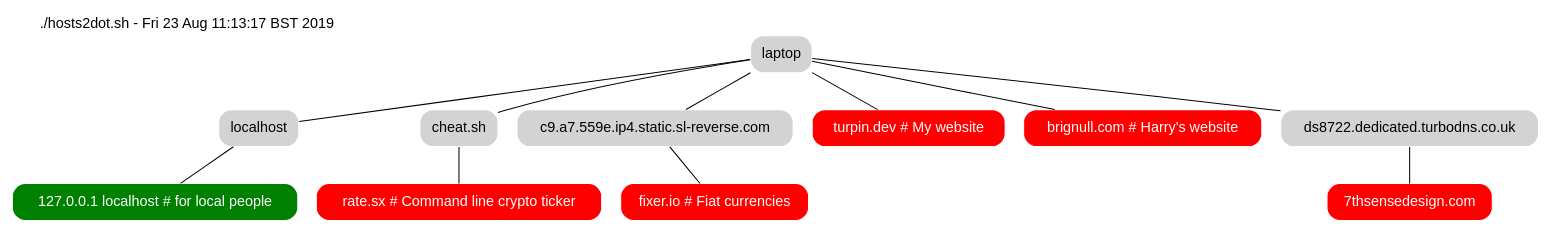
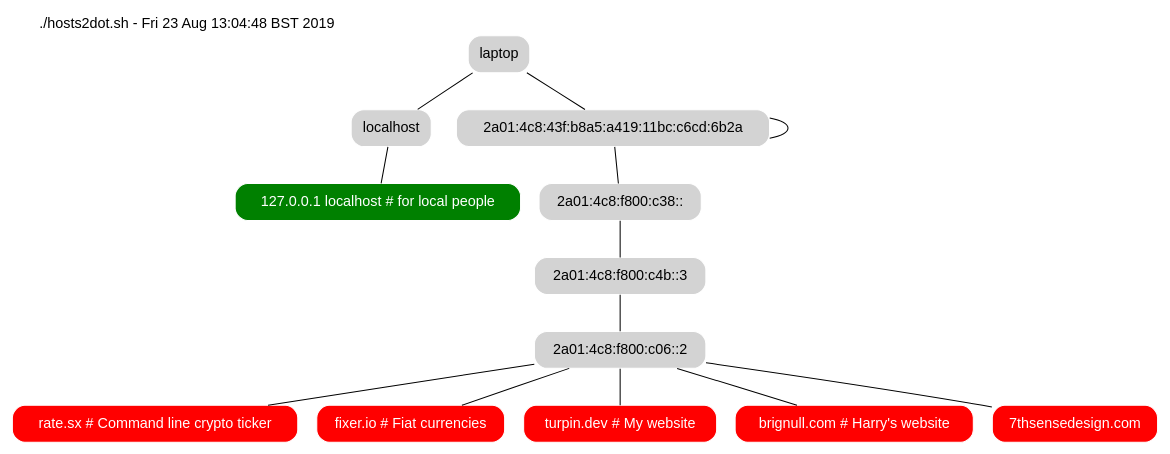
One commit to deanturpin/magnum-ci changed the diagram in artefacts/hosts2dot/topology.dot. Above: the diagram before and after it, drawn with Graphviz. The commit also changed 3 other files, not shown here.

```diff
--- a/artefacts/hosts2dot/topology.dot
+++ b/artefacts/hosts2dot/topology.dot
@@ -1,18 +1,18 @@
 strict graph {
 fontname=helvetica
 node [shape=rect style="filled,rounded" color=white fillcolor=lightgrey fontname=helvetica]
 soy_yo [label="laptop"]
-graph [label="./hosts2dot.sh - Fri 23 Aug 11:13:17 BST 2019" labelloc=top labeljust=left]
+graph [label="./hosts2dot.sh - Fri 23 Aug 13:04:48 BST 2019" labelloc=top labeljust=left]
 "127.0.0.1 localhost # for local people" [fillcolor=green fontcolor=white]
 soy_yo--"localhost"--"127.0.0.1 localhost # for local people"
 "rate.sx # Command line crypto ticker" [fillcolor=red fontcolor=white]
-soy_yo--"cheat.sh"--"rate.sx # Command line crypto ticker"
+soy_yo--"2a01:4c8:43f:b8a5:a419:11bc:c6cd:6b2a"--"2a01:4c8:43f:b8a5:a419:11bc:c6cd:6b2a"--"2a01:4c8:f800:c38::"--"2a01:4c8:f800:c4b::3"--"2a01:4c8:f800:c06::2"--"rate.sx # Command line crypto ticker"
 "fixer.io # Fiat currencies" [fillcolor=red fontcolor=white]
-soy_yo--"c9.a7.559e.ip4.static.sl-reverse.com"--"fixer.io # Fiat currencies"
+soy_yo--"2a01:4c8:43f:b8a5:a419:11bc:c6cd:6b2a"--"2a01:4c8:43f:b8a5:a419:11bc:c6cd:6b2a"--"2a01:4c8:f800:c38::"--"2a01:4c8:f800:c4b::3"--"2a01:4c8:f800:c06::2"--"fixer.io # Fiat currencies"
 "turpin.dev # My website" [fillcolor=red fontcolor=white]
-soy_yo--"turpin.dev # My website"
+soy_yo--"2a01:4c8:43f:b8a5:a419:11bc:c6cd:6b2a"--"2a01:4c8:43f:b8a5:a419:11bc:c6cd:6b2a"--"2a01:4c8:f800:c38::"--"2a01:4c8:f800:c4b::3"--"2a01:4c8:f800:c06::2"--"turpin.dev # My website"
 "brignull.com # Harry's website" [fillcolor=red fontcolor=white]
-soy_yo--"brignull.com # Harry's website"
+soy_yo--"2a01:4c8:43f:b8a5:a419:11bc:c6cd:6b2a"--"2a01:4c8:43f:b8a5:a419:11bc:c6cd:6b2a"--"2a01:4c8:f800:c38::"--"2a01:4c8:f800:c4b::3"--"2a01:4c8:f800:c06::2"--"brignull.com # Harry's website"
 "7thsensedesign.com" [fillcolor=red fontcolor=white]
-soy_yo--"ds8722.dedicated.turbodns.co.uk"--"7thsensedesign.com"
+soy_yo--"2a01:4c8:43f:b8a5:a419:11bc:c6cd:6b2a"--"2a01:4c8:43f:b8a5:a419:11bc:c6cd:6b2a"--"2a01:4c8:f800:c38::"--"2a01:4c8:f800:c4b::3"--"2a01:4c8:f800:c06::2"--"7thsensedesign.com"
 }
```
